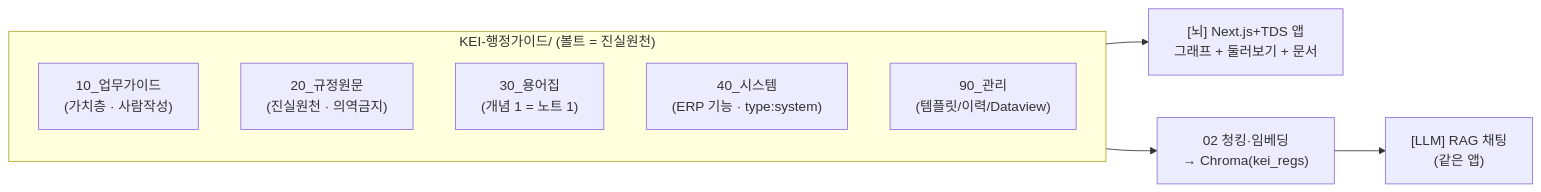
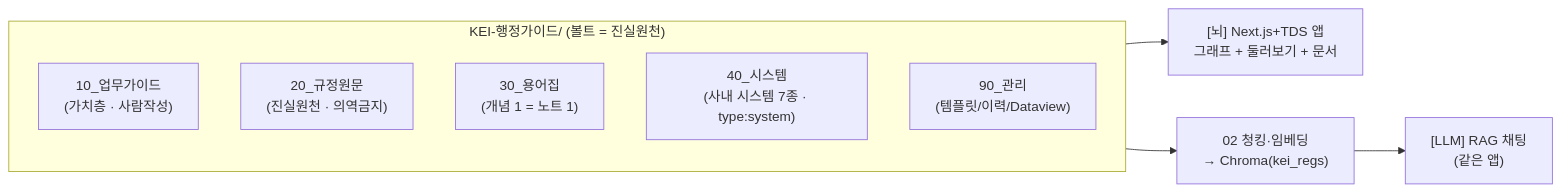
One commit to mooner92/KEIAdminSuperv changed the first of 3 diagrams in docs/03-content-model.md. Above: the diagram before and after it, drawn with Mermaid. The commit also changed other lines of this file and 17 other files, not shown here.

````diff
--- a/docs/03-content-model.md
+++ b/docs/03-content-model.md
@@ -13,14 +13,14 @@
 ```mermaid
 flowchart LR
   subgraph V["KEI-행정가이드/ (볼트 = 진실원천)"]
     direction TB
     L10["10_업무가이드<br/>(가치층 · 사람작성)"]
     L20["20_규정원문<br/>(진실원천 · 의역금지)"]
     L30["30_용어집<br/>(개념 1 = 노트 1)"]
-    L40["40_시스템<br/>(ERP 기능 · type:system)"]
+    L40["40_시스템<br/>(사내 시스템 7종 · type:system)"]
     L90["90_관리<br/>(템플릿/이력/Dataview)"]
   end
   V --> Q["[뇌] Next.js+TDS 앱<br/>그래프 + 둘러보기 + 문서"]
   V --> C["02 청킹·임베딩<br/>→ Chroma(kei_regs)"]
   C --> R["[LLM] RAG 채팅<br/>(같은 앱)"]
 ```
````
